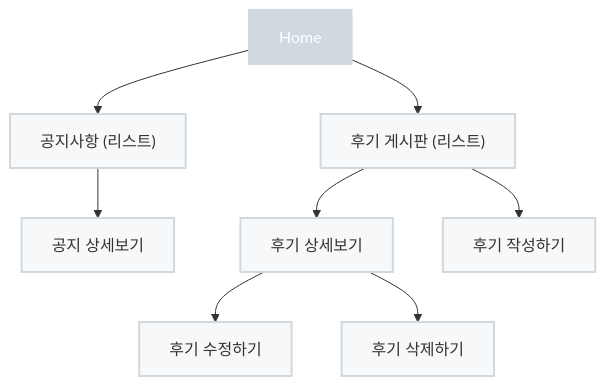
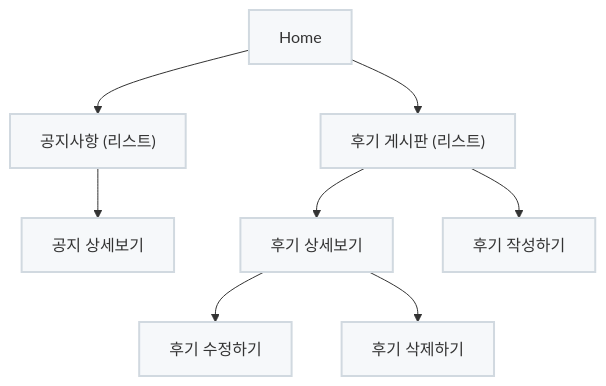
Before and after one commit to eunji-ad/color_mode: the diagram in README.md, drawn with Mermaid.

````diff
--- a/README.md
+++ b/README.md
@@ -100,25 +100,25 @@
 ```mermaid
 flowchart TD
     Home --> NoticeList["공지사항 (리스트)"]
     NoticeList --> NoticeDetail["공지 상세보기"]
 
     Home --> ReviewList["후기 게시판 (리스트)"]
     ReviewList --> ReviewDetail["후기 상세보기"]
     ReviewList --> ReviewWrite["후기 작성하기"]
 
     ReviewDetail --> ReviewEdit["후기 수정하기"]
     ReviewDetail --> ReviewDelete["후기 삭제하기"]
 
 
     %% 스타일 정의
-    classDef home fill:#D1D9E0,color:#FFF,stroke:#D1D9E0,stroke-width:2px, padding:0px;
+    classDef home fill:#F6F8FA,color:#333,stroke:#D1D9E0,stroke-width:2px, padding:0px;
     classDef list fill:#F6F8FA,color:#333,stroke:#D1D9E0,stroke-width:2px, padding:0px;
     classDef detail fill:#F6F8FA,color:#333,stroke:#D1D9E0,stroke-width:2px, padding:0px;
     classDef action fill:#F6F8FA,color:#333,stroke:#D1D9E0,stroke-width:2px, padding:0px;
 
     %% 스타일 적용
     class Home home;
     class NoticeList,ReviewList list;
     class NoticeDetail,ReviewDetail detail;
     class ReviewWrite,ReviewEdit,ReviewDelete action;
 ```
````
